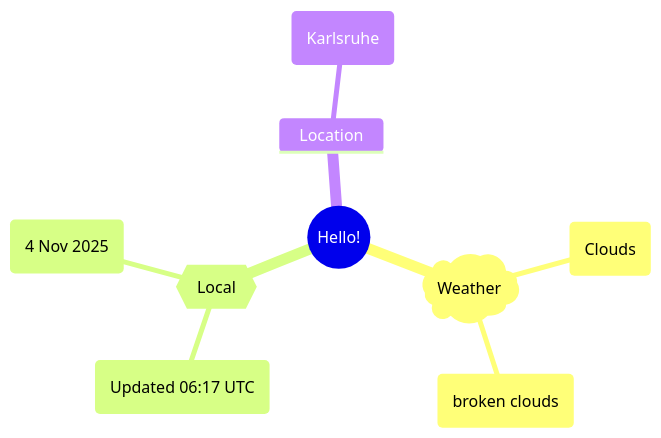
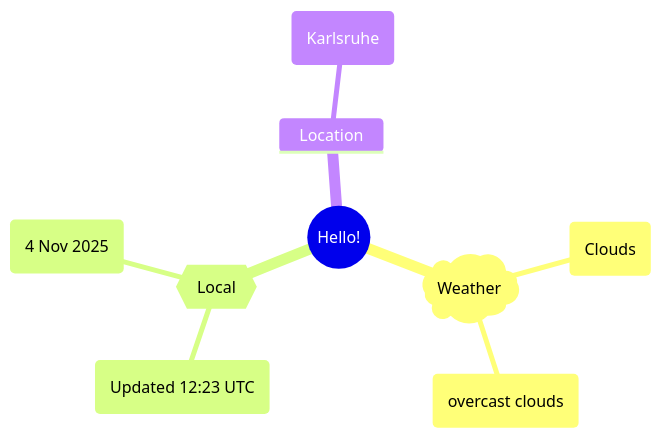
The first of 2 diagrams in README.md (Xosrov/Xosrov), drawn with Mermaid before and after one commit.

Commit message:
[bot] updated images

````diff
--- a/README.md
+++ b/README.md
@@ -3,12 +3,12 @@
 ```mermaid
 mindmap
   root((Hello!))
     )Weather(
         (Clouds)
-        (broken clouds)
+        (overcast clouds)
     {{Local}}
-        (Updated 06:17 UTC)
+        (Updated 12:23 UTC)
         (4 Nov 2025)
     Location
         (Karlsruhe)
 ```
````
